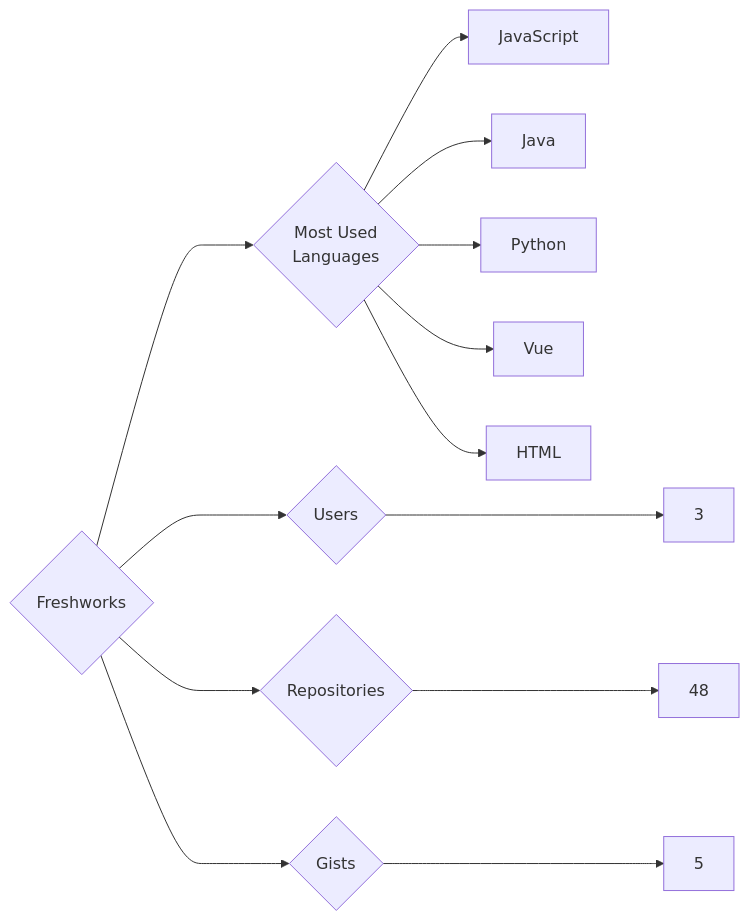
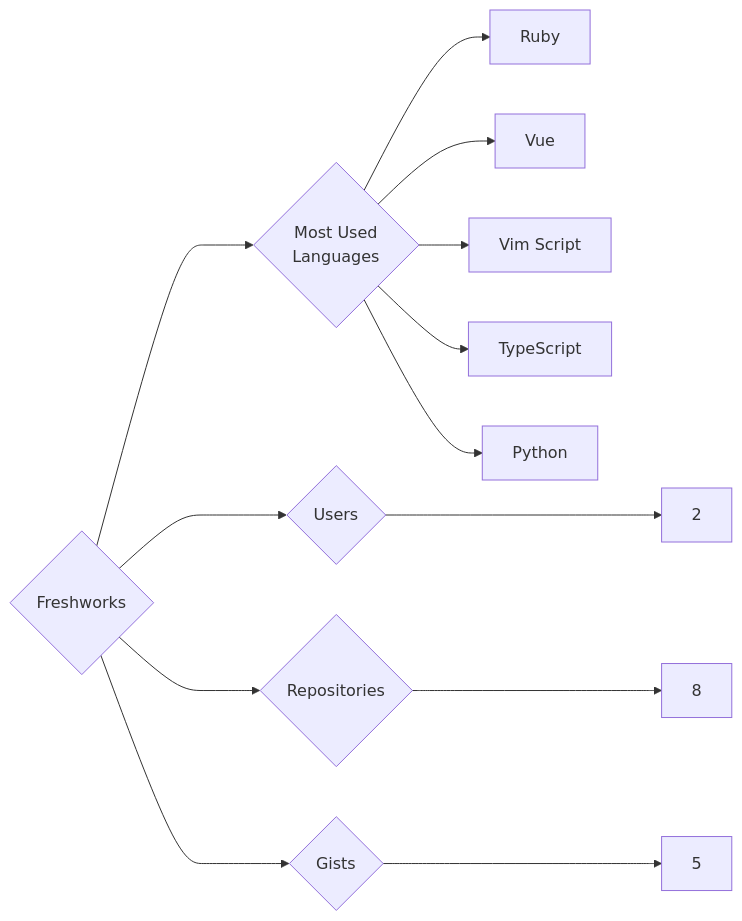
One commit to trickest/insiders changed the diagram in targets/Freshworks/README.md. Above: the diagram before and after it, drawn with Mermaid. The commit also changed 993 other files, not shown here.

````diff
--- a/targets/Freshworks/README.md
+++ b/targets/Freshworks/README.md
@@ -3,13 +3,13 @@
 ```mermaid
 graph LR
 COMPANY_NAME{Freshworks}
-COMPANY_NAME ---> U{Users} ---> UN[3]
-COMPANY_NAME ---> R{Repositories} ---> RN[48]
+COMPANY_NAME ---> U{Users} ---> UN[2]
+COMPANY_NAME ---> R{Repositories} ---> RN[8]
 COMPANY_NAME ---> G{Gists} ---> GN[5]
 COMPANY_NAME ---> ML{Most Used<br>Languages}
-ML --> JavaScript[JavaScript]
-ML --> Java[Java]
+ML --> Ruby[Ruby]
+ML --> Vue[Vue]
+ML --> Vim_Script[Vim Script]
+ML --> TypeScript[TypeScript]
 ML --> Python[Python]
-ML --> Vue[Vue]
-ML --> HTML[HTML]
 ```
````
